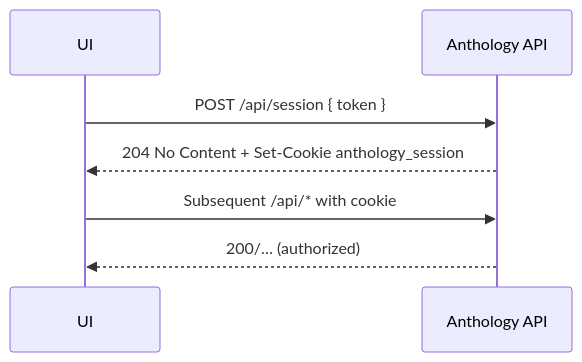
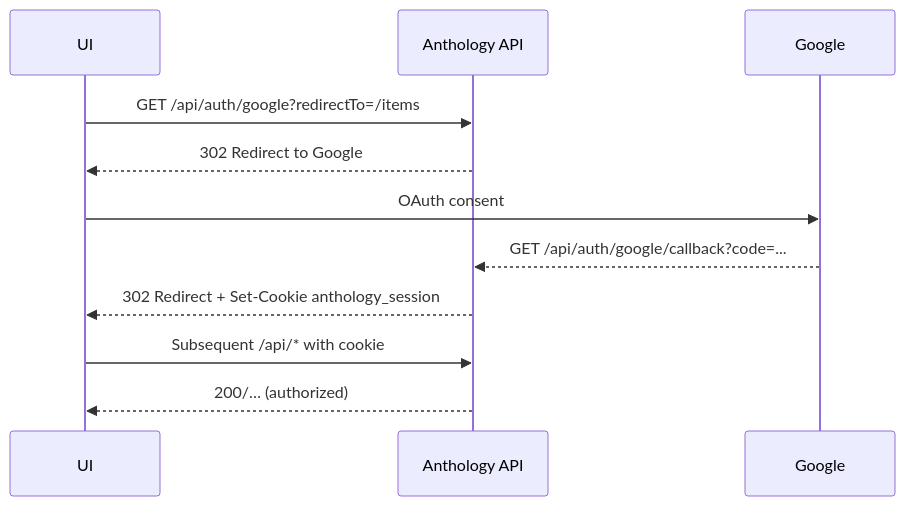
The second of 5 diagrams in docs/architecture/api-deep-dive.md (drywaters/anthology), drawn with Mermaid before and after one commit. The commit also changed other lines of this file and 42 other files, not shown here.

Commit message:
Feature:  Adds Google OAuth from API_Token

````diff
--- a/docs/architecture/api-deep-dive.md
+++ b/docs/architecture/api-deep-dive.md
@@ -189,9 +196,13 @@
 ```mermaid
 sequenceDiagram
     participant UI
     participant API as Anthology API
-    UI->>API: POST /api/session { token }
-    API-->>UI: 204 No Content + Set-Cookie anthology_session
+    participant Google
+    UI->>API: GET /api/auth/google?redirectTo=/items
+    API-->>UI: 302 Redirect to Google
+    UI->>Google: OAuth consent
+    Google-->>API: GET /api/auth/google/callback?code=...
+    API-->>UI: 302 Redirect + Set-Cookie anthology_session
     UI->>API: Subsequent /api/* with cookie
     API-->>UI: 200/… (authorized)
 ```
````
